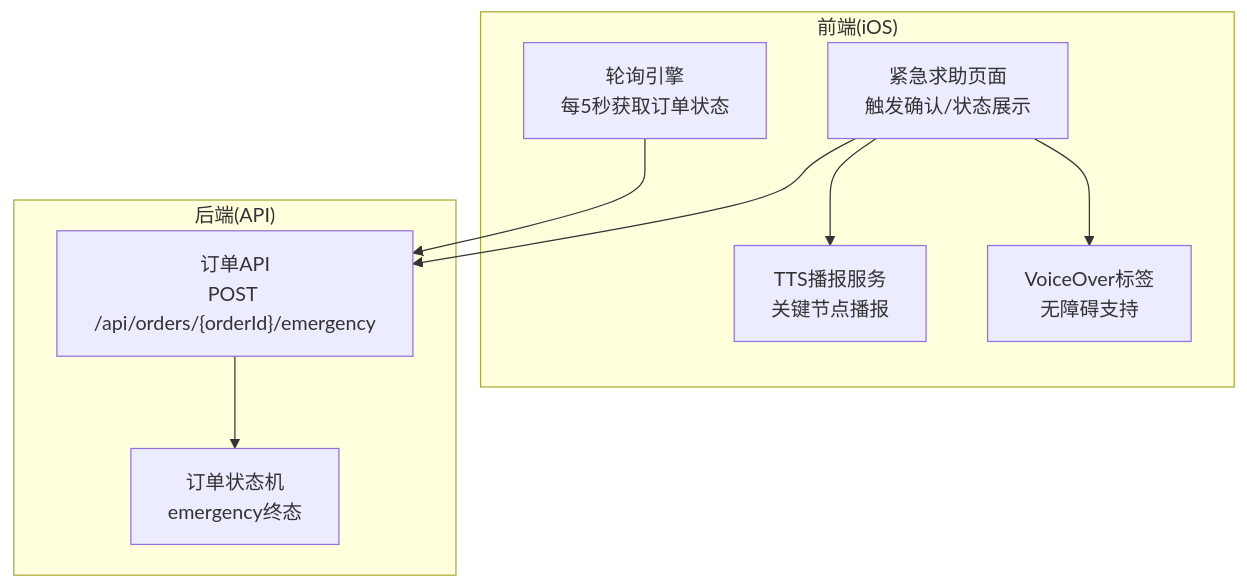
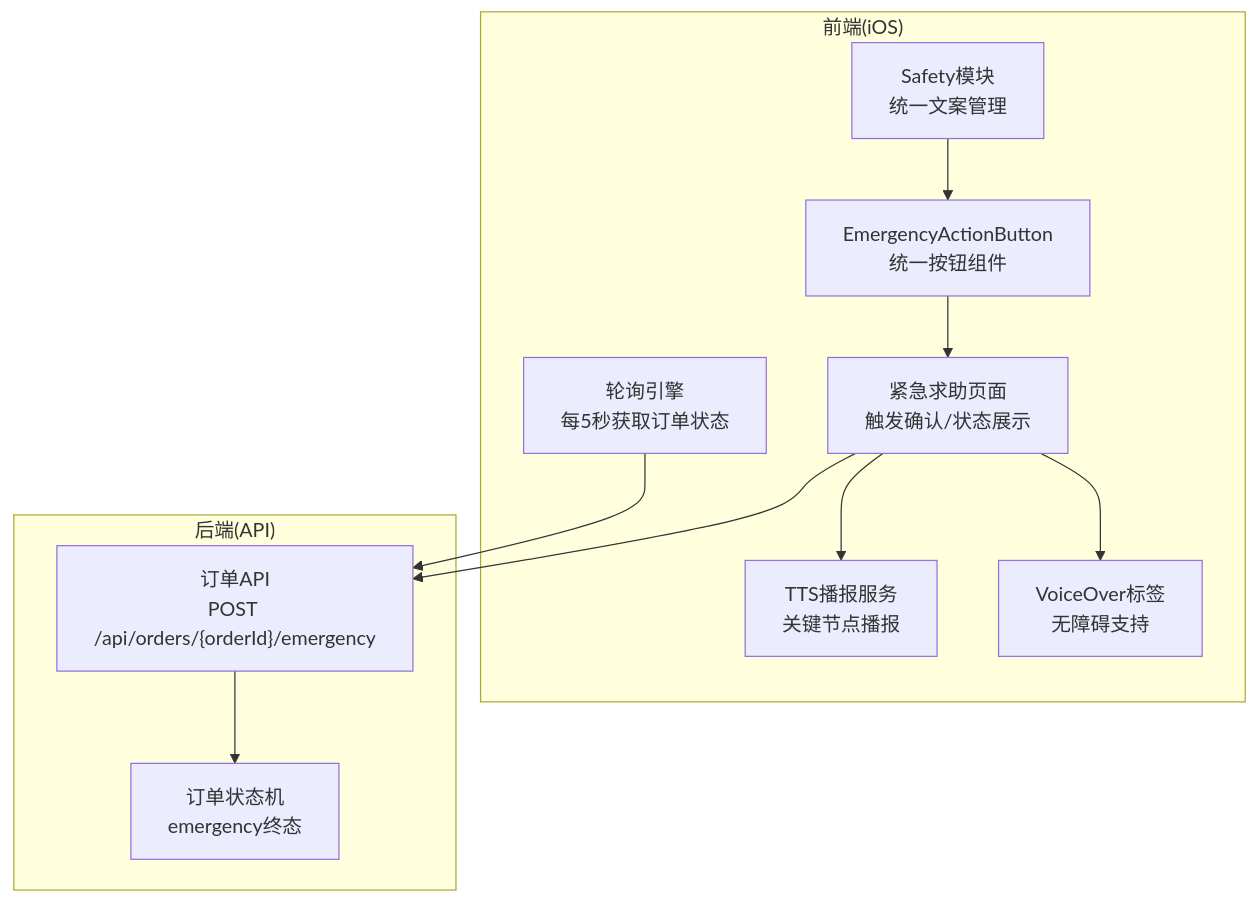
The first of 7 diagrams in .qoder/repowiki/zh/content/核心功能模块/盲人跑者功能/紧急求助功能.md (Jayden23018/blind-run-ios), drawn with Mermaid before and after one commit. The commit also changed other lines of this file and 11 other files, not shown here.

````diff
--- a/.qoder/repowiki/zh/content/核心功能模块/盲人跑者功能/紧急求助功能.md
+++ b/.qoder/repowiki/zh/content/核心功能模块/盲人跑者功能/紧急求助功能.md
@@ -35,18 +51,22 @@
 ```mermaid
 graph TB
 subgraph "前端(iOS)"
 UI["紧急求助页面<br/>触发确认/状态展示"]
 Poll["轮询引擎<br/>每5秒获取订单状态"]
 TTS["TTS播报服务<br/>关键节点播报"]
 VO["VoiceOver标签<br/>无障碍支持"]
+Safety["Safety模块<br/>统一文案管理"]
+ActionButton["EmergencyActionButton<br/>统一按钮组件"]
 end
 subgraph "后端(API)"
 API["订单API<br/>POST /api/orders/{orderId}/emergency"]
 DB["订单状态机<br/>emergency终态"]
 end
 UI --> API
 Poll --> API
 API --> DB
 UI --> TTS
 UI --> VO
+Safety --> ActionButton
+ActionButton --> UI
 ```
````
